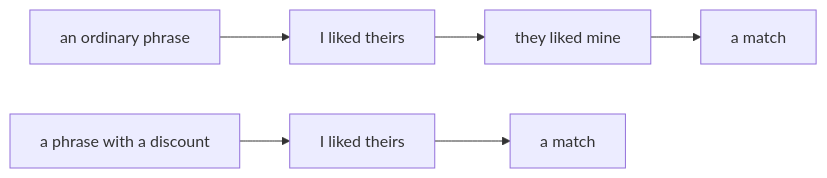
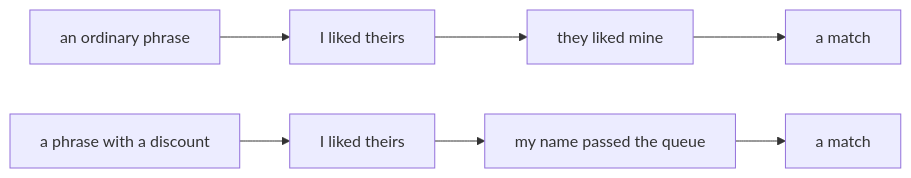
Before and after one commit to panov-id/xor.ad: diagram 12 of 30 in docs/chat-flows_EN.md, drawn with Mermaid. The commit also changed other lines of this file and 10 other files, not shown here.

````diff
--- a/docs/chat-flows_EN.md
+++ b/docs/chat-flows_EN.md
@@ -424,5 +424,5 @@
 ```mermaid
 flowchart LR
   a["an ordinary phrase"] --> a1["I liked theirs"] --> a2["they liked mine"] --> a3["a match"]
-  b["a phrase with a discount"] --> b1["I liked theirs"] --> b3["a match"]
+  b["a phrase with a discount"] --> b1["I liked theirs"] --> b2["my name passed the queue"] --> b3["a match"]
 ```
````
